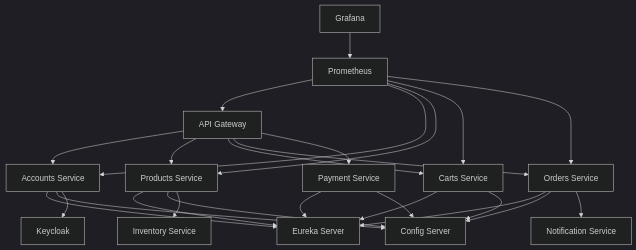
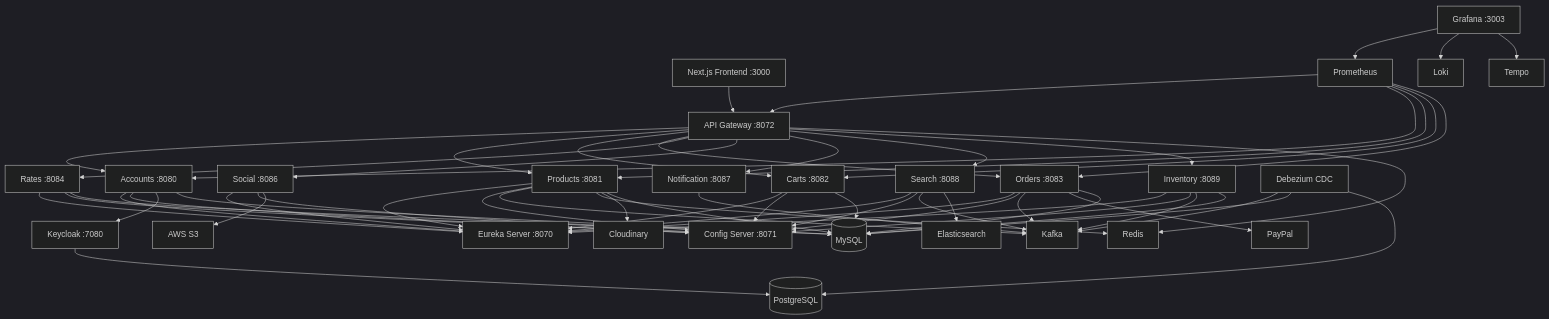
Before and after one commit to vietviet08/Oralie: the first of 2 diagrams in README.md, drawn with Mermaid (dark theme). The commit also changed other lines of this file, not shown here.

````diff
--- a/README.md
+++ b/README.md
@@ -533,32 +104,72 @@
 ```mermaid
 graph TD
-    A[API Gateway] --> B[Accounts Service]
-    A --> C[Products Service]
-    A --> D[Carts Service]
-    A --> E[Orders Service]
-    A --> F[Payment Service]
-    
-    B --> G[Eureka Server]
-    C --> G
-    D --> G
-    E --> G
-    F --> G
-    
-    B --> H[Config Server]
-    C --> H
-    D --> H
-    E --> H
-    F --> H
-    
-    B --> I[Keycloak]
-    E --> J[Notification Service]
-    C --> K[Inventory Service]
-    
-    L[Prometheus] --> A
-    L --> B
-    L --> C
-    L --> D
-    L --> E
-    
-    M[Grafana] --> L
+    FE[Next.js Frontend :3000] --> GW[API Gateway :8072]
+
+    GW --> ACC[Accounts :8080]
+    GW --> PRD[Products :8081]
+    GW --> CRT[Carts :8082]
+    GW --> ORD[Orders :8083]
+    GW --> RAT[Rates :8084]
+    GW --> SOC[Social :8086]
+    GW --> NOT[Notification :8087]
+    GW --> SRC[Search :8088]
+    GW --> INV[Inventory :8089]
+
+    ACC --> EUR[Eureka Server :8070]
+    PRD --> EUR
+    CRT --> EUR
+    ORD --> EUR
+    RAT --> EUR
+    SOC --> EUR
+    SRC --> EUR
+    INV --> EUR
+
+    ACC --> CFG[Config Server :8071]
+    PRD --> CFG
+    CRT --> CFG
+    ORD --> CFG
+    RAT --> CFG
+    SOC --> CFG
+    SRC --> CFG
+    INV --> CFG
+
+    ACC --> KC[Keycloak :7080]
+
+    PRD --> KFK[Kafka]
+    ORD --> KFK
+    NOT --> KFK
+    SRC --> KFK
+    INV --> KFK
+
+    PRD --> RDS[Redis]
+    GW --> RDS
+
+    SRC --> ES[Elasticsearch]
+
+    PRD --> CLD[Cloudinary]
+    SOC --> S3[AWS S3]
+    ORD --> PP[PayPal]
+
+    DBZ[Debezium CDC] --> KFK
+    DBZ --> DB[(MySQL)]
+    DBZ --> PG[(PostgreSQL)]
+
+    ACC --> DB
+    PRD --> DB
+    CRT --> DB
+    ORD --> DB
+    RAT --> DB
+    INV --> DB
+
+    KC --> PG
+
+    PROM[Prometheus] --> GW
+    PROM --> ACC
+    PROM --> PRD
+    PROM --> CRT
+    PROM --> ORD
+
+    GRF[Grafana :3003] --> PROM
+    GRF --> LOKI[Loki]
+    GRF --> TEMPO[Tempo]
 ```
````
